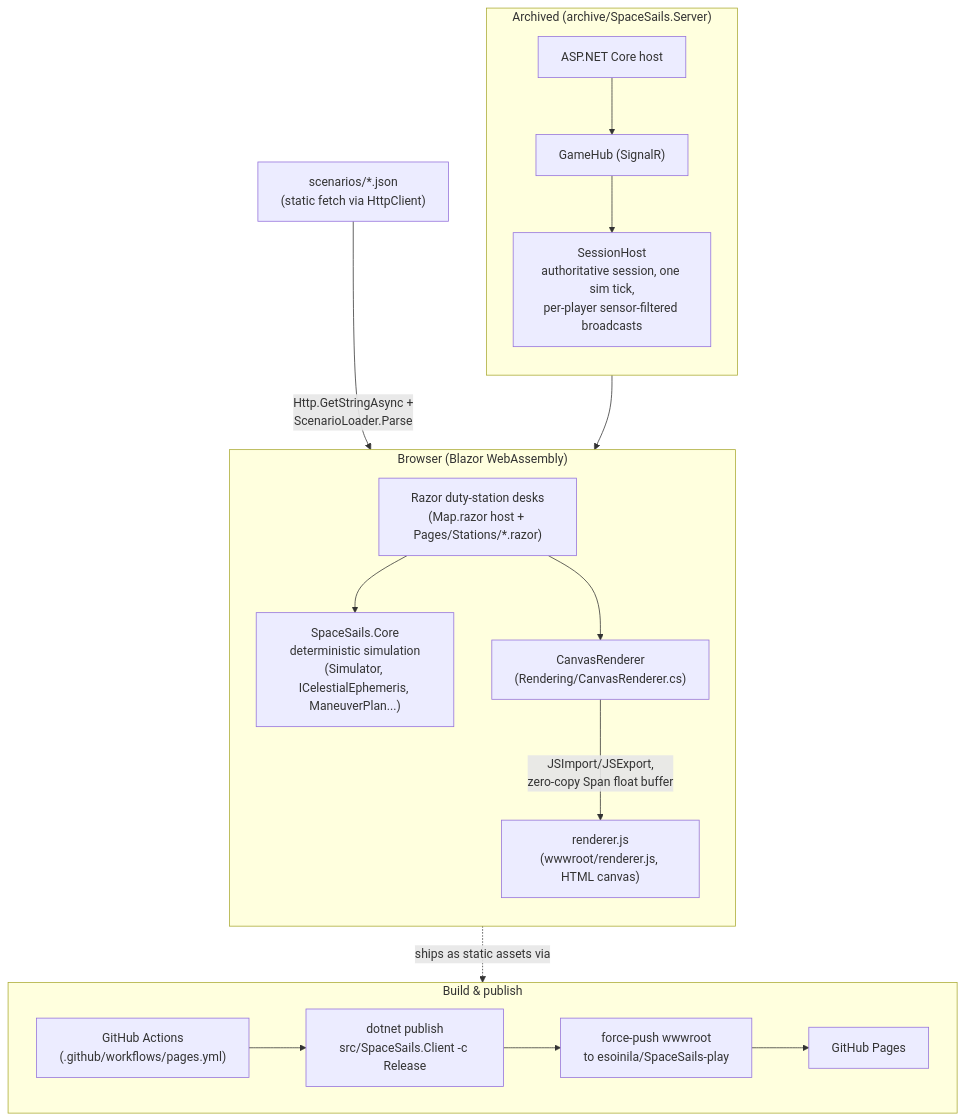
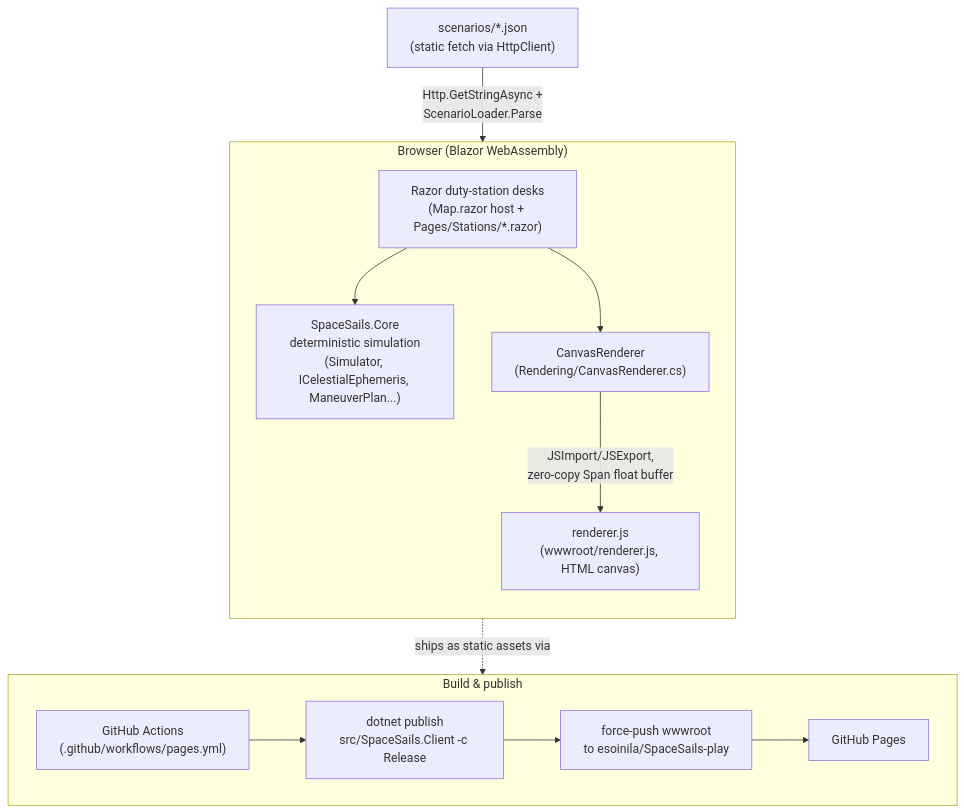
One commit to esoinila/SpaceSails changed the diagram in docs/architecture.md. Above: the diagram before and after it, drawn with Mermaid. The commit also changed other lines of this file and 112 other files, not shown here.

````diff
--- a/docs/architecture.md
+++ b/docs/architecture.md
@@ -9,31 +9,24 @@
 ```mermaid
 flowchart TB
     subgraph Browser["Browser (Blazor WebAssembly)"]
         direction TB
         UI["Razor duty-station desks\n(Map.razor host + Pages/Stations/*.razor)"]
         Core["SpaceSails.Core\ndeterministic simulation\n(Simulator, ICelestialEphemeris, ManeuverPlan...)"]
         Renderer["CanvasRenderer\n(Rendering/CanvasRenderer.cs)"]
         JS["renderer.js\n(wwwroot/renderer.js, HTML canvas)"]
         UI --> Core
         UI --> Renderer
         Renderer -->|JSImport/JSExport,\nzero-copy Span float buffer| JS
     end
 
     Scenarios["scenarios/*.json\n(static fetch via HttpClient)"] -->|Http.GetStringAsync +\nScenarioLoader.Parse| Core
 
     subgraph Pipeline["Build & publish"]
         direction LR
         GHA["GitHub Actions\n(.github/workflows/pages.yml)"] --> Publish["dotnet publish\nsrc/SpaceSails.Client -c Release"]
         Publish --> Push["force-push wwwroot\nto esoinila/SpaceSails-play"]
         Push --> Pages["GitHub Pages"]
     end
 
     Browser -.ships as static assets via.-> Pipeline
-
-    subgraph Archived["Archived (archive/SpaceSails.Server)"]
-        direction TB
-        ASPNET["ASP.NET Core host"] --> Hub["GameHub (SignalR)"]
-        Hub --> Session["SessionHost\nauthoritative session, one sim tick,\nper-player sensor-filtered broadcasts"]
-        Session --> Core
-    end
 ```
````
